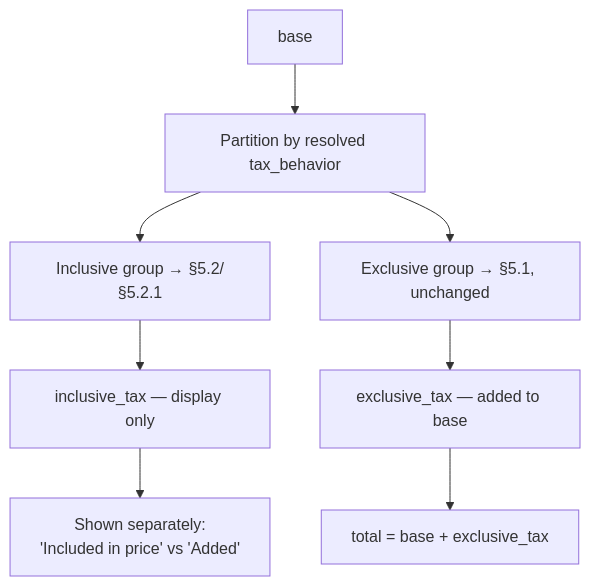
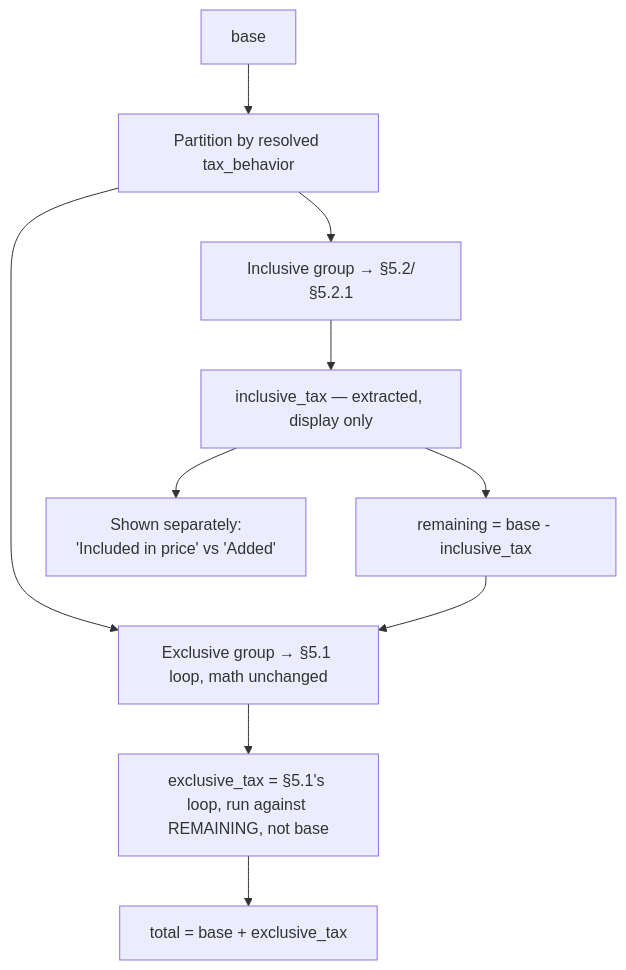
Before and after one commit to subratsahilgupta/flexprice: the fourth of 4 diagrams in docs/design/2026-17-08-FLE-1187-taxation-lineitem-inclusive.md, drawn with Mermaid. The commit also changed other lines of this file, not shown here.

Commit message:
Update the logic to ensure exclusive tax is computed against the remaining base after inclusive tax extraction

````diff
--- a/docs/design/2026-17-08-FLE-1187-taxation-lineitem-inclusive.md
+++ b/docs/design/2026-17-08-FLE-1187-taxation-lineitem-inclusive.md
@@ -199,10 +205,12 @@
 ```mermaid
 flowchart TD
     S["base"] --> P["Partition by resolved tax_behavior"]
     P --> IN["Inclusive group → §5.2/§5.2.1"]
-    P --> EX["Exclusive group → §5.1, unchanged"]
-    IN --> ITAX["inclusive_tax — display only"]
-    EX --> ETAX["exclusive_tax — added to base"]
+    IN --> ITAX["inclusive_tax — extracted, display only"]
+    ITAX --> REM["remaining = base - inclusive_tax"]
+    P --> EX["Exclusive group → §5.1 loop, math unchanged"]
+    REM --> EX
+    EX --> ETAX["exclusive_tax = §5.1's loop, run against REMAINING, not base"]
     ETAX --> TOTAL["total = base + exclusive_tax"]
     ITAX --> SUMMARY["Shown separately:<br/>'Included in price' vs 'Added'"]
 ```
````
